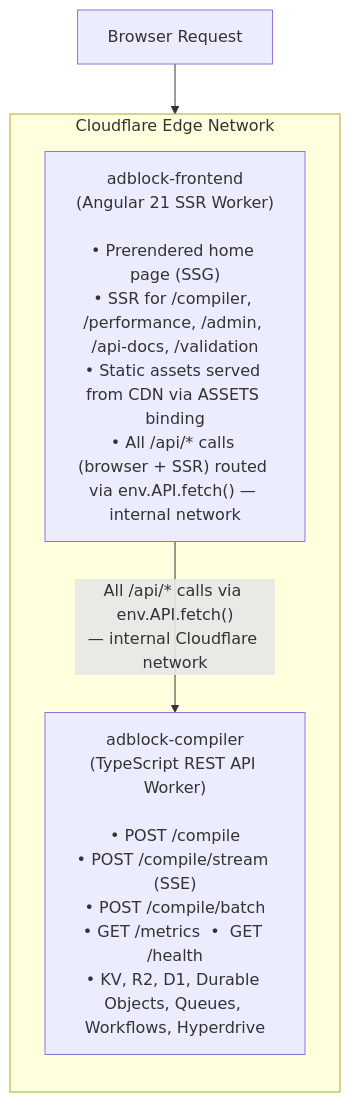
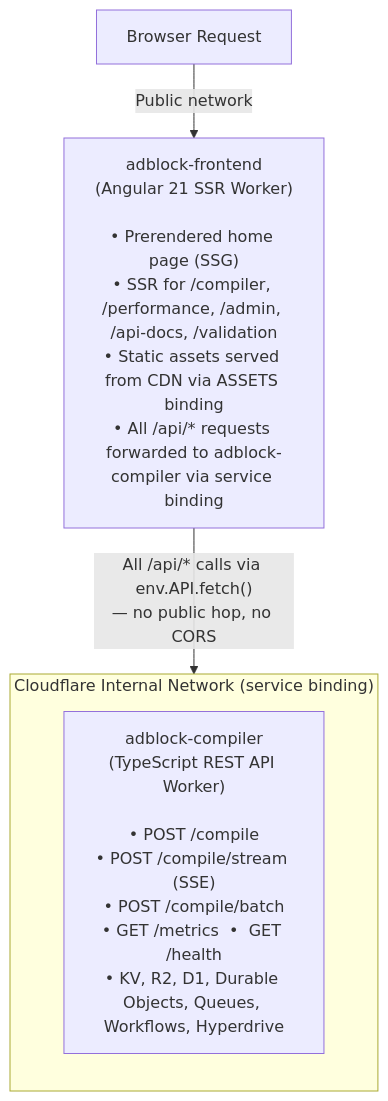
One commit to jaypatrick/adblock-compiler changed the third of 4 diagrams in docs/deployment/CLOUDFLARE_WORKERS_ARCHITECTURE.md. Above: the diagram before and after it, drawn with Mermaid. The commit also changed other lines of this file, not shown here.

Commit message:
docs: clarify two-hop request path — browser→frontend is public, frontend→backend is internal
Agent-Logs-Url: https://github.com/jaypatrick/adblock-compiler/sessions/8c2e9d41-0ce6-44b9-a85f-713ac95ca574

````diff
--- a/docs/deployment/CLOUDFLARE_WORKERS_ARCHITECTURE.md
+++ b/docs/deployment/CLOUDFLARE_WORKERS_ARCHITECTURE.md
@@ -152,11 +152,15 @@
 ```mermaid
 flowchart TD
-    BROWSER["Browser Request"] --> EDGE
+    BROWSER["Browser Request"]
 
-    subgraph EDGE["Cloudflare Edge Network"]
+    FRONTEND["adblock-frontend\n(Angular 21 SSR Worker)\n\n• Prerendered home page (SSG)\n• SSR for /compiler, /performance, /admin, /api-docs, /validation\n• Static assets served from CDN via ASSETS binding\n• All /api/* requests forwarded to adblock-compiler via service binding"]
+
+    BROWSER -->|"Public network"| FRONTEND
+
+    subgraph INTERNAL["Cloudflare Internal Network (service binding)"]
         direction TB
-        FRONTEND["adblock-frontend\n(Angular 21 SSR Worker)\n\n• Prerendered home page (SSG)\n• SSR for /compiler, /performance, /admin, /api-docs, /validation\n• Static assets served from CDN via ASSETS binding\n• All /api/* calls (browser + SSR) routed via env.API.fetch() — internal network"]
-        FRONTEND -->|"All /api/* calls via env.API.fetch()\n— internal Cloudflare network"| BACKEND
         BACKEND["adblock-compiler\n(TypeScript REST API Worker)\n\n• POST /compile\n• POST /compile/stream (SSE)\n• POST /compile/batch\n• GET /metrics  •  GET /health\n• KV, R2, D1, Durable Objects, Queues, Workflows, Hyperdrive"]
     end
+
+    FRONTEND -->|"All /api/* calls via env.API.fetch()\n— no public hop, no CORS"| BACKEND
 ```
````
